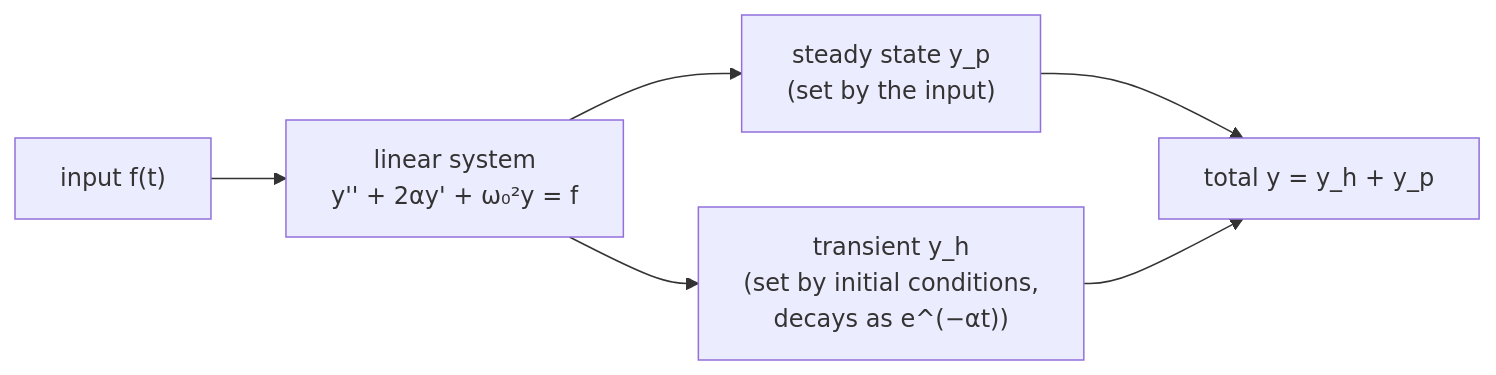
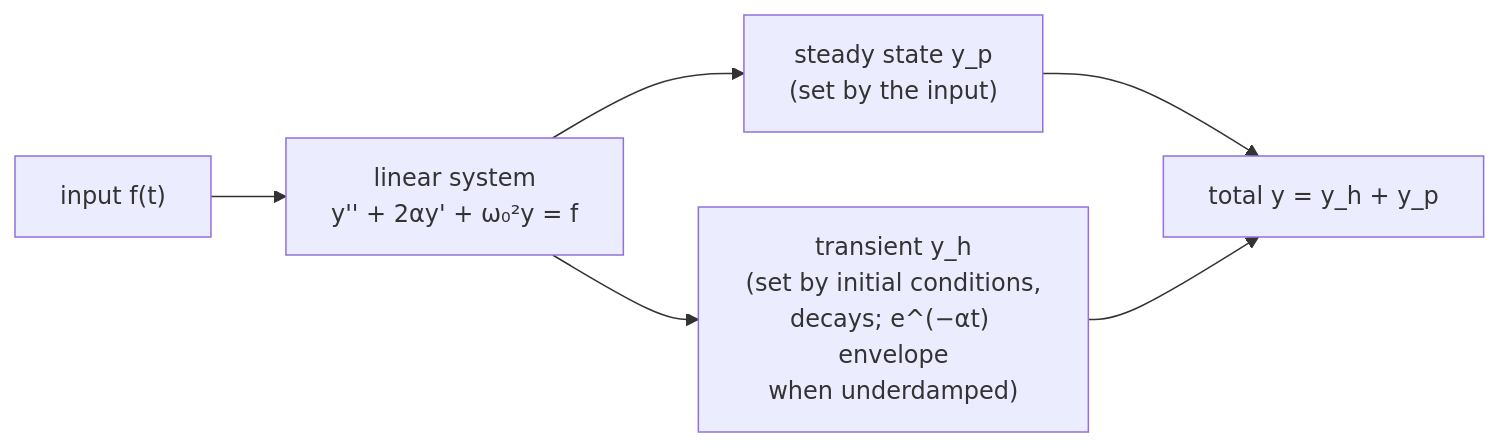
The diagram in courses/02-complex-numbers-des-and-linear-algebra/chapters/02-04-forced-response-and-resonance.md (FrankHuang94/EE_database_claude), drawn with Mermaid before and after one commit. The commit also changed other lines of this file and 6 other files, not shown here.

````diff
--- a/courses/02-complex-numbers-des-and-linear-algebra/chapters/02-04-forced-response-and-resonance.md
+++ b/courses/02-complex-numbers-des-and-linear-algebra/chapters/02-04-forced-response-and-resonance.md
@@ -47,8 +47,8 @@
 ```mermaid
 flowchart LR
     F["input f(t)"] --> S["linear system<br/>y'' + 2αy' + ω₀²y = f"]
     S --> SS["steady state y_p<br/>(set by the input)"]
-    S --> TR["transient y_h<br/>(set by initial conditions,<br/>decays as e^(−αt))"]
+    S --> TR["transient y_h<br/>(set by initial conditions,<br/>decays; e^(−αt) envelope<br/>when underdamped)"]
     SS --> Y["total y = y_h + y_p"]
     TR --> Y
 ```
````
